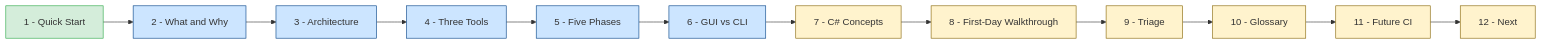
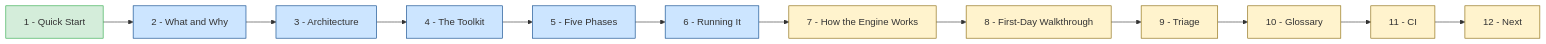
The first of 4 diagrams in docs/guides/regression-testing-developer-guide.md (David-E-Kay/power-bi-assistant), drawn with Mermaid before and after one commit. The commit also changed other lines of this file and 46 other files, not shown here.

````diff
--- a/docs/guides/regression-testing-developer-guide.md
+++ b/docs/guides/regression-testing-developer-guide.md
@@ -19,21 +19,21 @@
 ```mermaid
 flowchart LR
     A[1 - Quick Start] --> B[2 - What and Why]
     B --> C[3 - Architecture]
-    C --> D[4 - Three Tools]
+    C --> D[4 - The Toolkit]
     D --> E[5 - Five Phases]
-    E --> F[6 - GUI vs CLI]
-    F --> G[7 - C# Concepts]
+    E --> F[6 - Running It]
+    F --> G[7 - How the Engine Works]
     G --> H[8 - First-Day Walkthrough]
     H --> I[9 - Triage]
     I --> J[10 - Glossary]
-    J --> K[11 - Future CI]
+    J --> K[11 - CI]
     K --> L[12 - Next]
 
     classDef quick fill:#d4edda,stroke:#28a745
     classDef workflow fill:#cce5ff,stroke:#004085
     classDef reference fill:#fff3cd,stroke:#856404
     class A quick
     class B,C,D,E,F workflow
     class G,H,I,J,K,L reference
 ```
````
